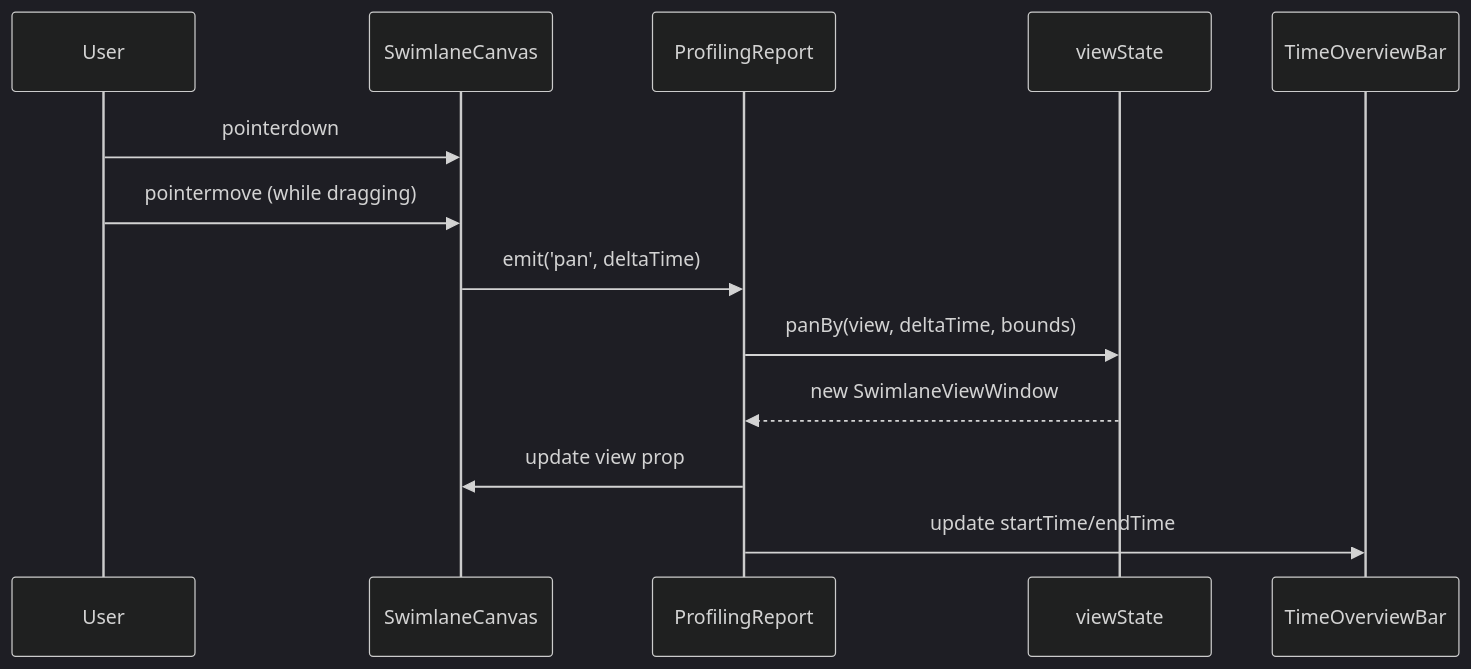
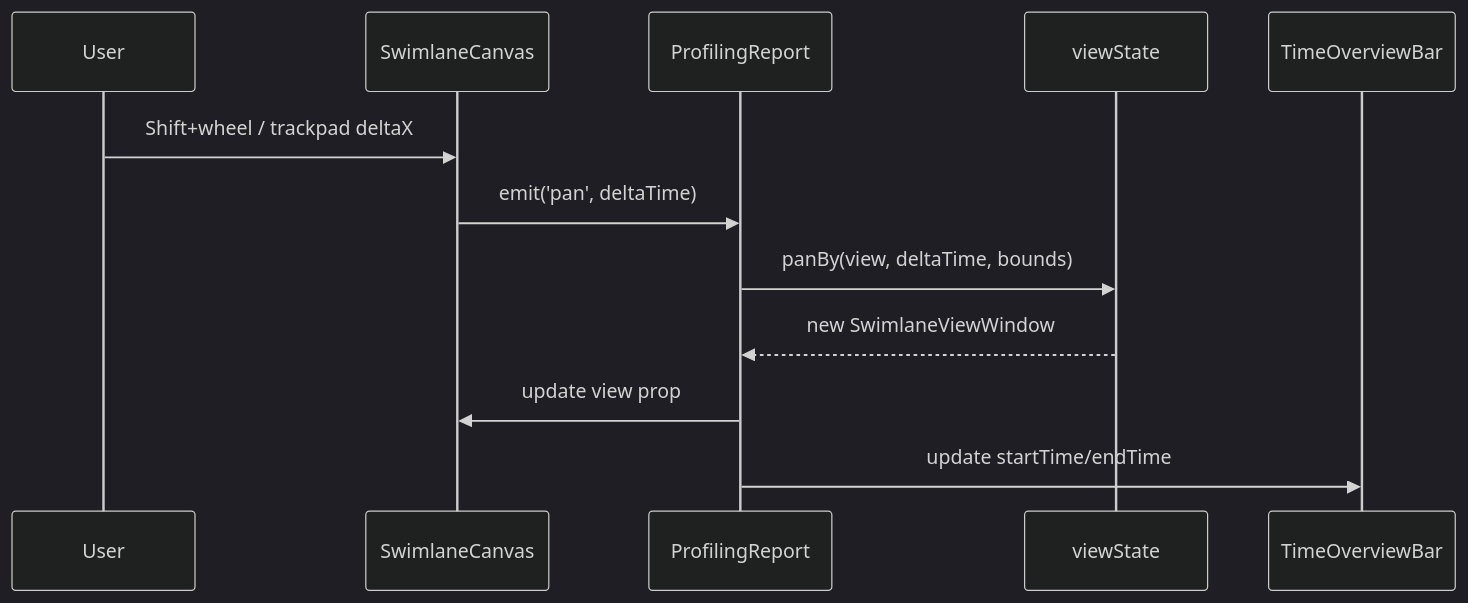
Before and after one commit to IdeFrontend/profiling-report: the second of 5 diagrams in src/ui/ProfilingReport/ProfilingReport.spec.md, drawn with Mermaid (dark theme). The commit also changed other lines of this file and 17 other files, not shown here.

````diff
--- a/src/ui/ProfilingReport/ProfilingReport.spec.md
+++ b/src/ui/ProfilingReport/ProfilingReport.spec.md
@@ -50,15 +50,14 @@
 ```mermaid
 sequenceDiagram
     participant User
     participant Canvas as SwimlaneCanvas
     participant Root as ProfilingReport
     participant State as viewState
 
-    User->>Canvas: pointerdown
-    User->>Canvas: pointermove (while dragging)
+    User->>Canvas: Shift+wheel / trackpad deltaX
     Canvas->>Root: emit('pan', deltaTime)
     Root->>State: panBy(view, deltaTime, bounds)
     State-->>Root: new SwimlaneViewWindow
     Root->>Canvas: update view prop
     Root->>TimeOverviewBar: update startTime/endTime
 ```
````
